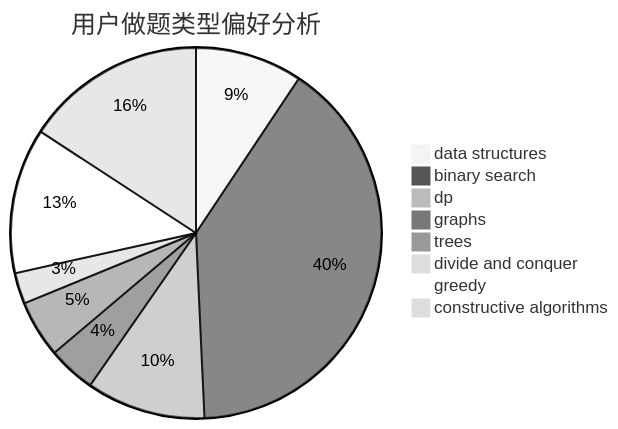
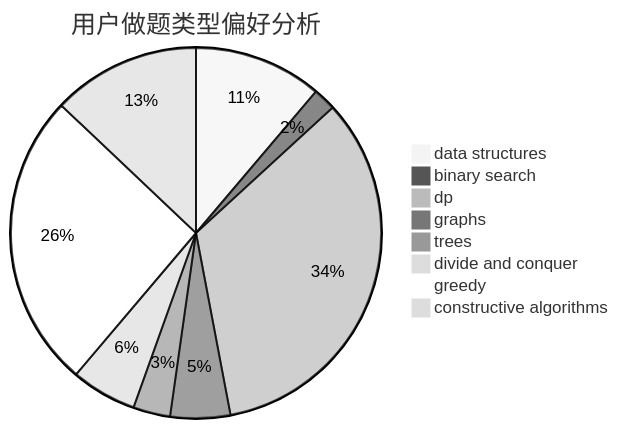
The second of 3 diagrams in docs/user/u1347.md (sherpahu/cfrs.github.io), drawn with Mermaid (neutral theme) before and after one commit. The commit also changed other lines of this file and 2770 other files, not shown here.

````diff
--- a/docs/user/u1347.md
+++ b/docs/user/u1347.md
@@ -23,11 +23,11 @@
 ```mermaid
 pie title 用户做题类型偏好分析
     "data structures" :  45
-    "binary search" :  192
-    "dp" :  50
-    "graphs" :  20
-    "trees" :  24
-    "divide and conquer" :  13
-    "greedy" :  61
-    "constructive algorithms" :  76
+    "binary search" :  8
+    "dp" :  136
+    "graphs" :  21
+    "trees" :  13
+    "divide and conquer" :  23
+    "greedy" :  104
+    "constructive algorithms" :  52
 ```
````
